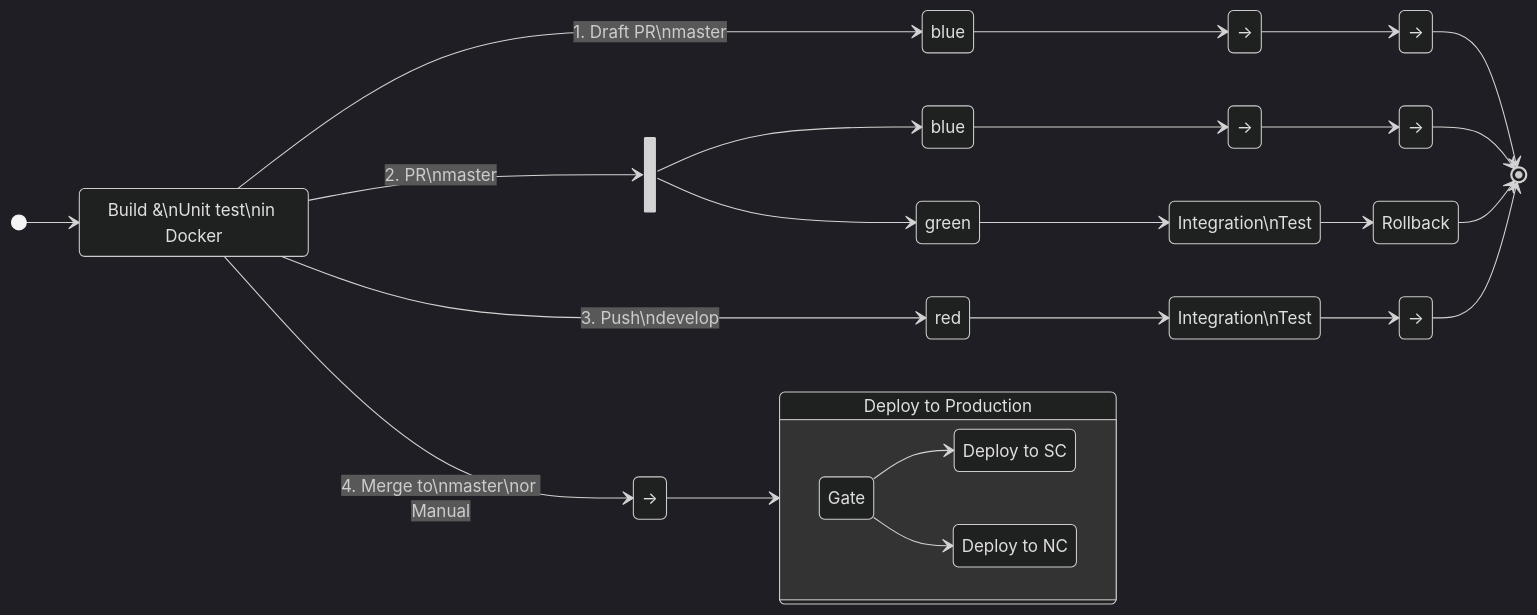
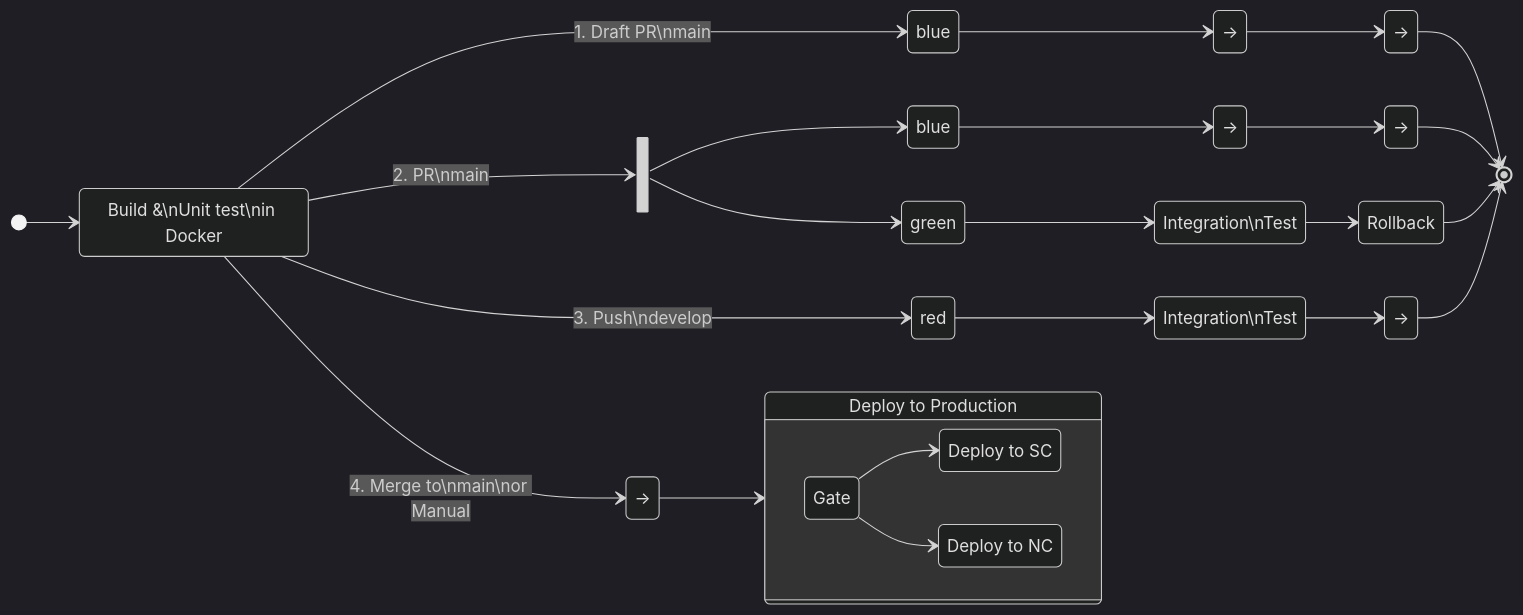
Before and after one commit to Seekatar/seekatar.github.io: the diagram in _posts/2024-08-21-build-pipeline.md, drawn with Mermaid (dark theme). The commit also changed other lines of this file and 2 other files, not shown here.

Commit message:
flesh out typical

````diff
--- a/_posts/2024-08-21-build-pipeline.md
+++ b/_posts/2024-08-21-build-pipeline.md
@@ -33,60 +33,60 @@
 ```mermaid
 stateDiagram
     direction LR
 
     state "Build &\nUnit test\nin Docker" as b
     state fork <<fork>>
 
     state "→" as i1
     state "→" as i2
     state "Integration\nTest" as i21
     state "Integration\nTest" as i4
 
     state "→" as r1
     state "→" as r2
     state "Rollback" as r21
     state "→" as r4
 
     state "blue" as d1
     state "blue" as d2
 
     state "red" as nd
     state "green" as t
     state "→" as e2
 
 
     [*] --> b
 
-    b --> d1 : 1. Draft PR\nmaster
+    b --> d1 : 1. Draft PR\nmain
     d1 --> i1
     i1 --> r1
     r1 --> [*]
 
-    b --> fork : 2. PR\nmaster
+    b --> fork : 2. PR\nmain
     fork --> d2
     d2 --> i2
     i2 --> r2
     r2 --> [*]
     fork --> t
     t --> i21
     i21 --> r21
     r21 --> [*]
 
     b --> nd : 3. Push\ndevelop
     nd --> i4
     i4 --> r4
     r4 --> [*]
 
     state "Deploy to Production" as pp
-    b --> e2 : 4. Merge to\nmaster\nor Manual
+    b --> e2 : 4. Merge to\nmain\nor Manual
     e2 --> pp
 
 state pp {
     direction LR
     state "Gate" as g
     g --> x
     g --> y
     state "Deploy to SC" as x
     state "Deploy to NC" as y
 }
 ```
````
